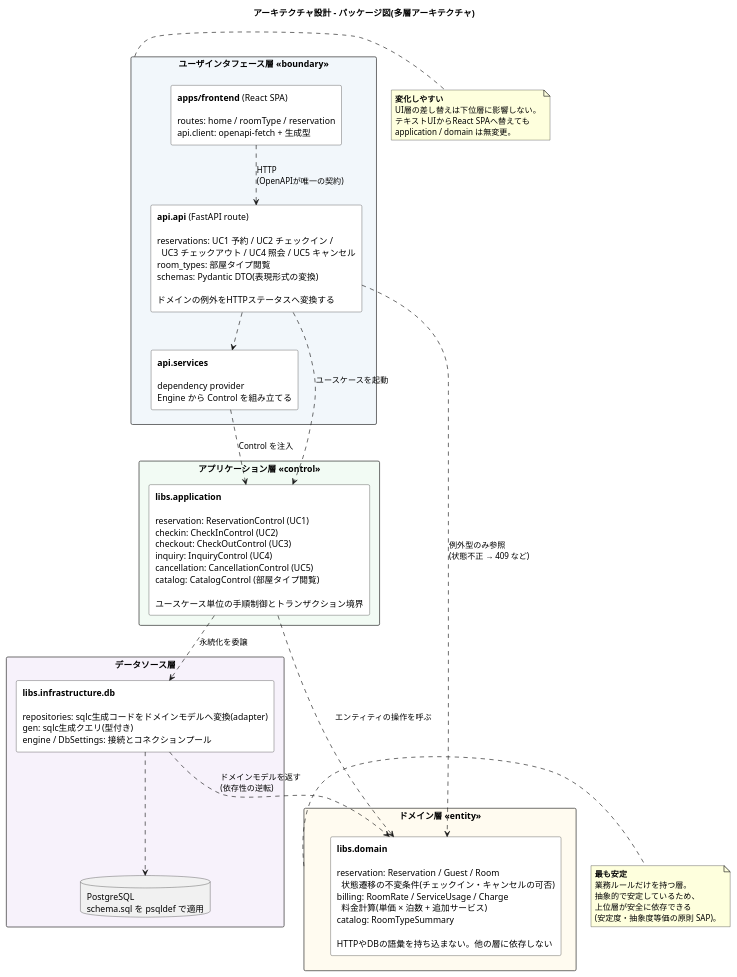
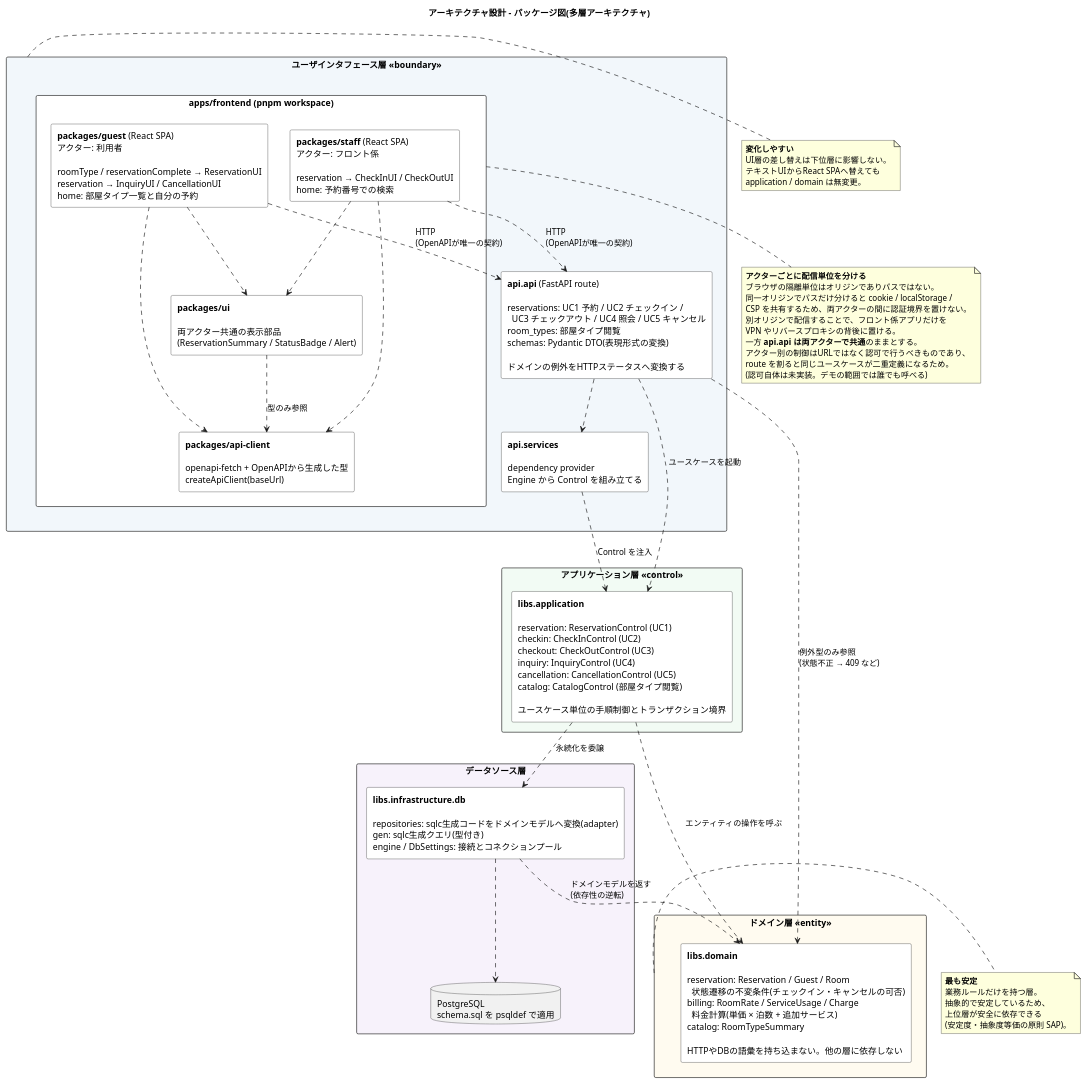
Before and after one commit to doguto/waseda-hrs: the diagram in docs/uml/10_package_diagram.puml, drawn with PlantUML. The commit also changed 2 other files, not shown here.

Commit message:
docs(uml): アクター分離後の構成にパッケージ図と対応表を追従させる
## 背景

前コミットで `apps/frontend` をアクターごとの2アプリ + 共有パッケージに分割したが、
アーキテクチャ設計の成果物が単一SPA前提のままで実装と食い違っていた。

- `10_package_diagram.puml` はフロントエンドを1つの箱で描き、routes も
  home / roomType / reservation の3つしか挙げていなかった
- `10_architecture_design.md` 第5節の対応表は画面側のバウンダリを
  「`apps/frontend` の各画面」と丸めており、09のクラスとの1対1対応がなかった

## 対応内容

パッケージ図のUI層に `apps/frontend` を pnpm workspace として描き直し、
`packages/{guest,staff,api-client,ui}` とその依存を明示した。あわせて、
フロントエンドはアクターで分けるのに `api.api` は共通のままとした理由
(アクター別の制御はURLではなく認可で行うべきで、routeを割ると同じユースケースが
二重定義になる)を注記した。認可自体が未実装であることも併記している。

第5節には画面バウンダリと実装ファイルの対応表を追加した。あわせて、以下2点の
既知の乖離を明記した。いずれも本コミットで解消するものではなく、事実の記録である。

- `guest` / `staff` の `reservation.tsx` が複数のバウンダリを兼ねている
  (InquiryUI + CancellationUI、InquiryUI + CheckInUI + CheckOutUI)
- 部屋タイプ閲覧とフロント係の予約番号検索に対応するクラスが09に存在しない
  (09はUC1〜UC5のみを対象としており、閲覧・検索を分析工程でUCとして立てていない)

`InquiryUI` はUC4のアクターが2者のため、08の識別方針どおり両アプリに1つずつ
存在する。表示内容が同一なので実体は `packages/ui` の `ReservationSummary` として
共有している旨を記載した。

## 確認

`generate_images.sh` でPNGを再生成した。13ファイル中 `package_diagram.png` のみが
変化し、他の12ファイルはバイト一致で他図への影響がないことを確認した。

```diff
--- a/docs/uml/10_package_diagram.puml
+++ b/docs/uml/10_package_diagram.puml
@@ -1,65 +1,100 @@
 @startuml package_diagram
 title アーキテクチャ設計 - パッケージ図(多層アーキテクチャ)
 
 ' 講義の多層アーキテクチャ(ユーザインタフェース層/アプリケーション層/
 ' ドメイン層/データソース層)を採用し、システム分析(09)のBCEをそのまま層に対応づける。
 ' バウンダリ=UI層、コントロール=アプリケーション層、エンティティ=ドメイン層。
 ' 依存は上から下への一方向のみで、下位層から上位層への依存は持たない
 ' (非循環依存関係の原則 ADP / 安定依存の原則 SDP)。
 ' パッケージ名は実装のモジュール名と一致させ、設計と実装の対応を追えるようにする。
 ' 各層の内訳を1つの枠にまとめ、矢印を層間に絞ることで依存の向きを読みやすくしている。
+' UI層のフロントエンドはアクター(利用者/フロント係)ごとに配信単位を分ける。
+' 08のバウンダリ識別方針「アクター×ユースケースの組ごとに1つ」に対応する。
 
 skinparam packageStyle rectangle
 skinparam shadowing false
 skinparam defaultTextAlignment left
 skinparam rectangleBackgroundColor #FFFFFF
 
 package "ユーザインタフェース層 <<boundary>>" as ui #F2F7FB {
-  rectangle "**apps/frontend** (React SPA)\n\nroutes: home / roomType / reservation\napi.client: openapi-fetch + 生成型" as frontend
+  package "apps/frontend (pnpm workspace)" as frontend_ws #FFFFFF {
+    rectangle "**packages/guest** (React SPA)\nアクター: 利用者\n\nroomType / reservationComplete → ReservationUI\nreservation → InquiryUI / CancellationUI\nhome: 部屋タイプ一覧と自分の予約" as frontend_guest
+
+    rectangle "**packages/staff** (React SPA)\nアクター: フロント係\n\nreservation → CheckInUI / CheckOutUI\nhome: 予約番号での検索" as frontend_staff
+
+    rectangle "**packages/api-client**\n\nopenapi-fetch + OpenAPIから生成した型\ncreateApiClient(baseUrl)" as frontend_api_client
+
+    rectangle "**packages/ui**\n\n両アクター共通の表示部品\n(ReservationSummary / StatusBadge / Alert)" as frontend_ui
+  }
 
   rectangle "**api.api** (FastAPI route)\n\nreservations: UC1 予約 / UC2 チェックイン /\n  UC3 チェックアウト / UC4 照会 / UC5 キャンセル\nroom_types: 部屋タイプ閲覧\nschemas: Pydantic DTO(表現形式の変換)\n\nドメインの例外をHTTPステータスへ変換する" as api_route
 
   rectangle "**api.services**\n\ndependency provider\nEngine から Control を組み立てる" as api_services
 }
 
 package "アプリケーション層 <<control>>" as app #F2FBF4 {
   rectangle "**libs.application**\n\nreservation: ReservationControl (UC1)\ncheckin: CheckInControl (UC2)\ncheckout: CheckOutControl (UC3)\ninquiry: InquiryControl (UC4)\ncancellation: CancellationControl (UC5)\ncatalog: CatalogControl (部屋タイプ閲覧)\n\nユースケース単位の手順制御とトランザクション境界" as libs_app
 }
 
 package "ドメイン層 <<entity>>" as domain #FFFBF0 {
   rectangle "**libs.domain**\n\nreservation: Reservation / Guest / Room\n  状態遷移の不変条件(チェックイン・キャンセルの可否)\nbilling: RoomRate / ServiceUsage / Charge\n  料金計算(単価 × 泊数 + 追加サービス)\ncatalog: RoomTypeSummary\n\nHTTPやDBの語彙を持ち込まない。他の層に依存しない" as libs_domain
 }
 
 package "データソース層" as datasource #F7F2FB {
   rectangle "**libs.infrastructure.db**\n\nrepositories: sqlc生成コードをドメインモデルへ変換(adapter)\ngen: sqlc生成クエリ(型付き)\nengine / DbSettings: 接続とコネクションプール" as libs_infra
 
   database "PostgreSQL\nschema.sql を psqldef で適用" as db
 }
 
+' ===== フロントエンド内部の依存 =====
+' 利用者を左、フロント係を右に固定する(03のアクタの並びに合わせる)。
+frontend_guest -[hidden]right- frontend_staff
+frontend_ui -[hidden]right- frontend_api_client
+
+frontend_guest ..> frontend_api_client
+frontend_guest ..> frontend_ui
+frontend_staff ..> frontend_api_client
+frontend_staff ..> frontend_ui
+frontend_ui ..> frontend_api_client : 型のみ参照
+
 ' ===== 層をまたぐ依存(すべて下向き) =====
-frontend ..> api_route : HTTP\n(OpenAPIが唯一の契約)
+frontend_guest ..> api_route : HTTP\n(OpenAPIが唯一の契約)
+frontend_staff ..> api_route : HTTP\n(OpenAPIが唯一の契約)
 api_route ..> api_services
 api_services ..> libs_app : Control を注入
 api_route ..> libs_app : ユースケースを起動
 api_route ..> libs_domain : 例外型のみ参照\n(状態不正 → 409 など)
 libs_app ..> libs_domain : エンティティの操作を呼ぶ
 libs_app ..> libs_infra : 永続化を委譲
 libs_infra ..> libs_domain : ドメインモデルを返す\n(依存性の逆転)
 libs_infra ..> db
 
 note right of ui
   <b>変化しやすい</b>
   UI層の差し替えは下位層に影響しない。
   テキストUIからReact SPAへ替えても
   application / domain は無変更。
 end note
 
+note bottom of frontend_ws
+  <b>アクターごとに配信単位を分ける</b>
+  ブラウザの隔離単位はオリジンでありパスではない。
+  同一オリジンでパスだけ分けると cookie / localStorage /
+  CSP を共有するため、両アクターの間に認証境界を置けない。
+  別オリジンで配信することで、フロント係アプリだけを
+  VPN やリバースプロキシの背後に置ける。
+  一方 <b>api.api は両アクターで共通</b>のままとする。
+  アクター別の制御はURLではなく認可で行うべきものであり、
+  route を割ると同じユースケースが二重定義になるため。
+  (認可自体は未実装。デモの範囲では誰でも呼べる)
+end note
+
 note right of domain
   <b>最も安定</b>
   業務ルールだけを持つ層。
   抽象的で安定しているため、
   上位層が安全に依存できる
   (安定度・抽象度等価の原則 SAP)。
 end note
 
 @enduml
```
